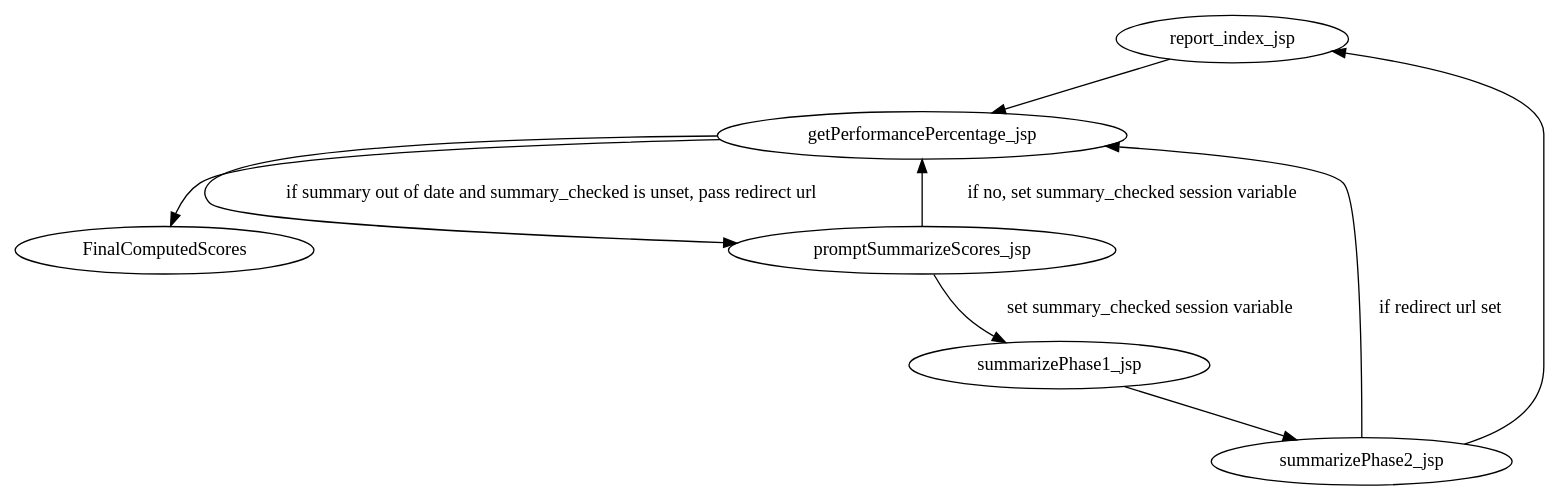
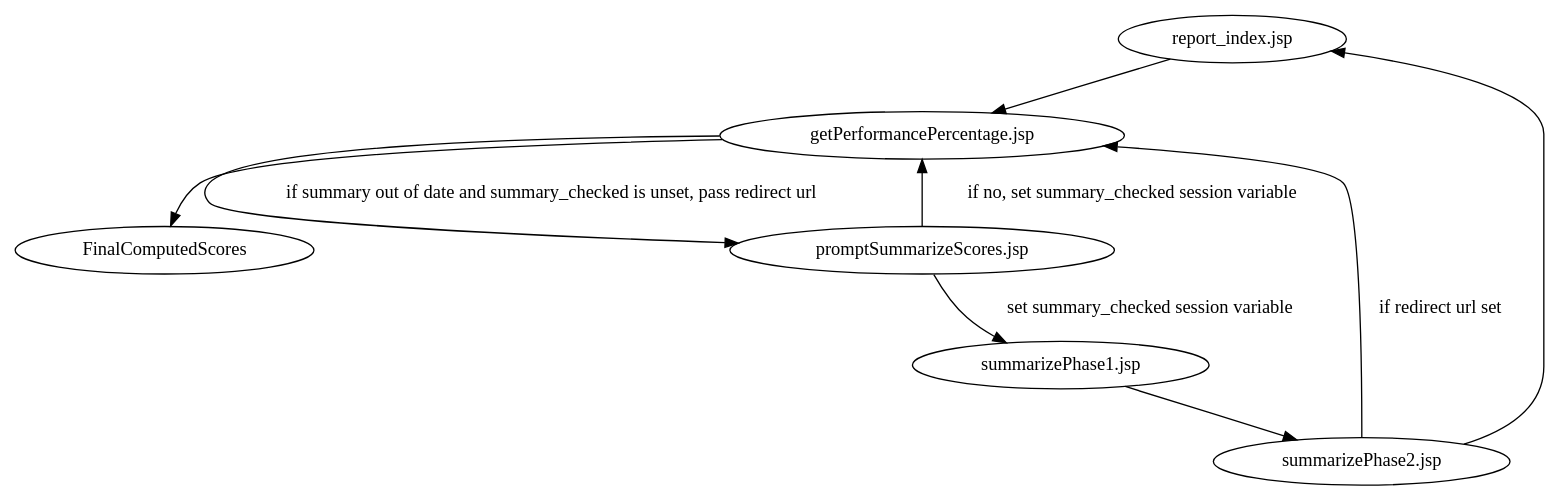
One commit to jpschewe/fll-sw changed the diagram in scoring/docs/workflows/final-computed-scores.dot. Above: the diagram before and after it, drawn with Graphviz. The commit also changed 8 other files, not shown here.

```diff
--- a/scoring/docs/workflows/final-computed-scores.dot
+++ b/scoring/docs/workflows/final-computed-scores.dot
@@ -1,22 +1,22 @@
 digraph FinalComputedScores {
 
-report_index_jsp -> getPerformancePercentage_jsp;
+"report_index.jsp" -> "getPerformancePercentage.jsp";
 
-getPerformancePercentage_jsp -> FinalComputedScores;
+"getPerformancePercentage.jsp" -> FinalComputedScores;
 
-getPerformancePercentage_jsp -> promptSummarizeScores_jsp [label="if summary out of date and summary_checked is unset, pass redirect url"];
+"getPerformancePercentage.jsp" -> "promptSummarizeScores.jsp" [label="if summary out of date and summary_checked is unset, pass redirect url"];
 
 
-promptSummarizeScores_jsp -> summarizePhase1_jsp [label="set summary_checked session variable"];
+"promptSummarizeScores.jsp" -> "summarizePhase1.jsp" [label="set summary_checked session variable"];
 
-promptSummarizeScores_jsp -> getPerformancePercentage_jsp [label="if no, set summary_checked session variable"];
+"promptSummarizeScores.jsp" -> "getPerformancePercentage.jsp" [label="if no, set summary_checked session variable"];
 
 
-summarizePhase1_jsp -> summarizePhase2_jsp;
+"summarizePhase1.jsp" -> "summarizePhase2.jsp";
 
-summarizePhase2_jsp -> report_index_jsp;
+"summarizePhase2.jsp" -> "report_index.jsp";
 
-summarizePhase2_jsp -> getPerformancePercentage_jsp [label="if redirect url set"];
+"summarizePhase2.jsp" -> "getPerformancePercentage.jsp" [label="if redirect url set"];
 
 
 }
```
